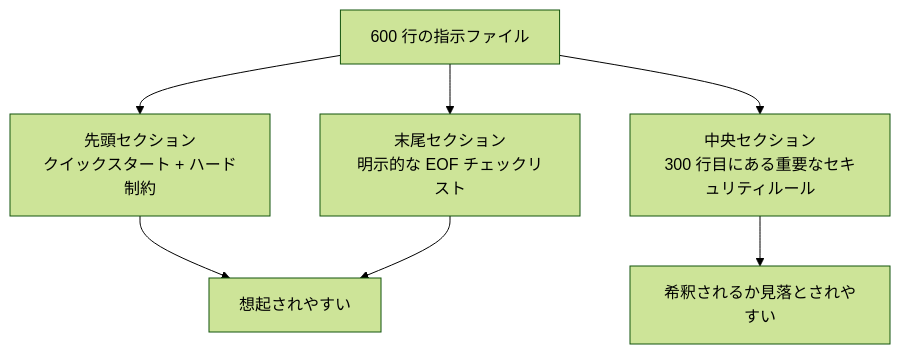
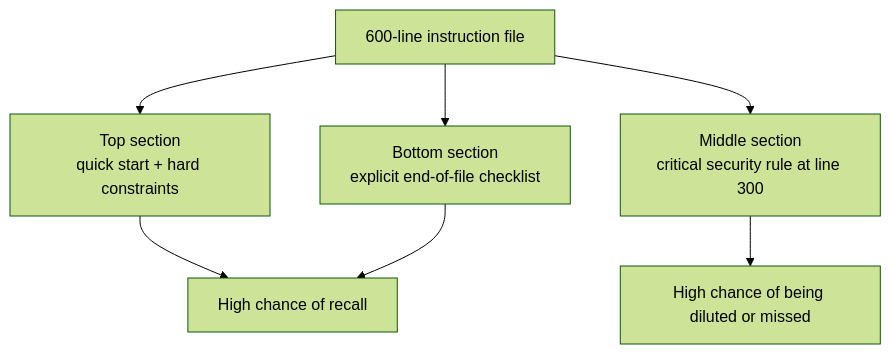
One commit to mkusaka/learn-harness-engineering changed the second of 2 diagrams in docs/en/lectures/lecture-04-why-one-giant-instruction-file-fails/index.md. Above: the diagram before and after it, drawn with Mermaid (forest theme). The commit also changed other lines of this file and 684 other files, not shown here.

````diff
--- a/docs/en/lectures/lecture-04-why-one-giant-instruction-file-fails/index.md
+++ b/docs/en/lectures/lecture-04-why-one-giant-instruction-file-fails/index.md
@@ -48,9 +48,9 @@
 ```mermaid
 flowchart TB
-    File["600 行の指示ファイル"] --> Top["先頭セクション<br/>クイックスタート + ハード制約"]
-    File --> Mid["中央セクション<br/>300 行目にある重要なセキュリティルール"]
-    File --> Bot["末尾セクション<br/>明示的な EOF チェックリスト"]
-    Top --> Seen["想起されやすい"]
+    File["600-line instruction file"] --> Top["Top section<br/>quick start + hard constraints"]
+    File --> Mid["Middle section<br/>critical security rule at line 300"]
+    File --> Bot["Bottom section<br/>explicit end-of-file checklist"]
+    Top --> Seen["High chance of recall"]
     Bot --> Seen
-    Mid --> Missed["希釈されるか見落とされやすい"]
+    Mid --> Missed["High chance of being diluted or missed"]
 ```
````
